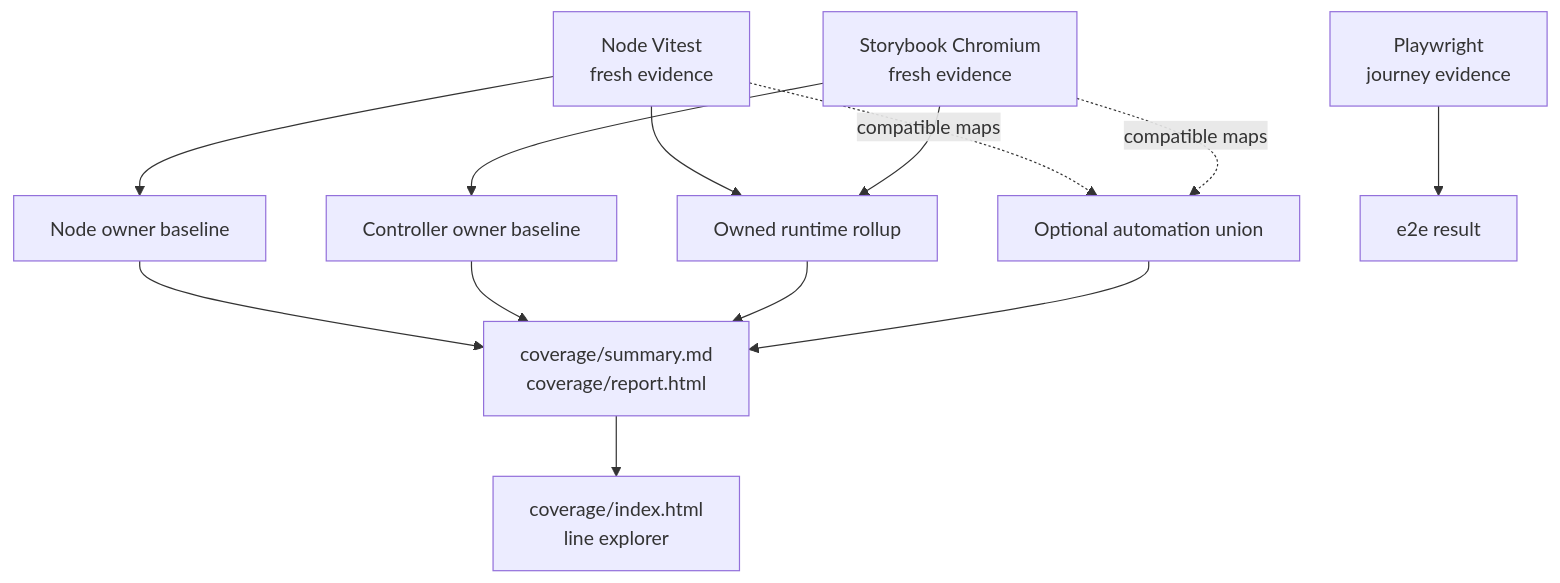
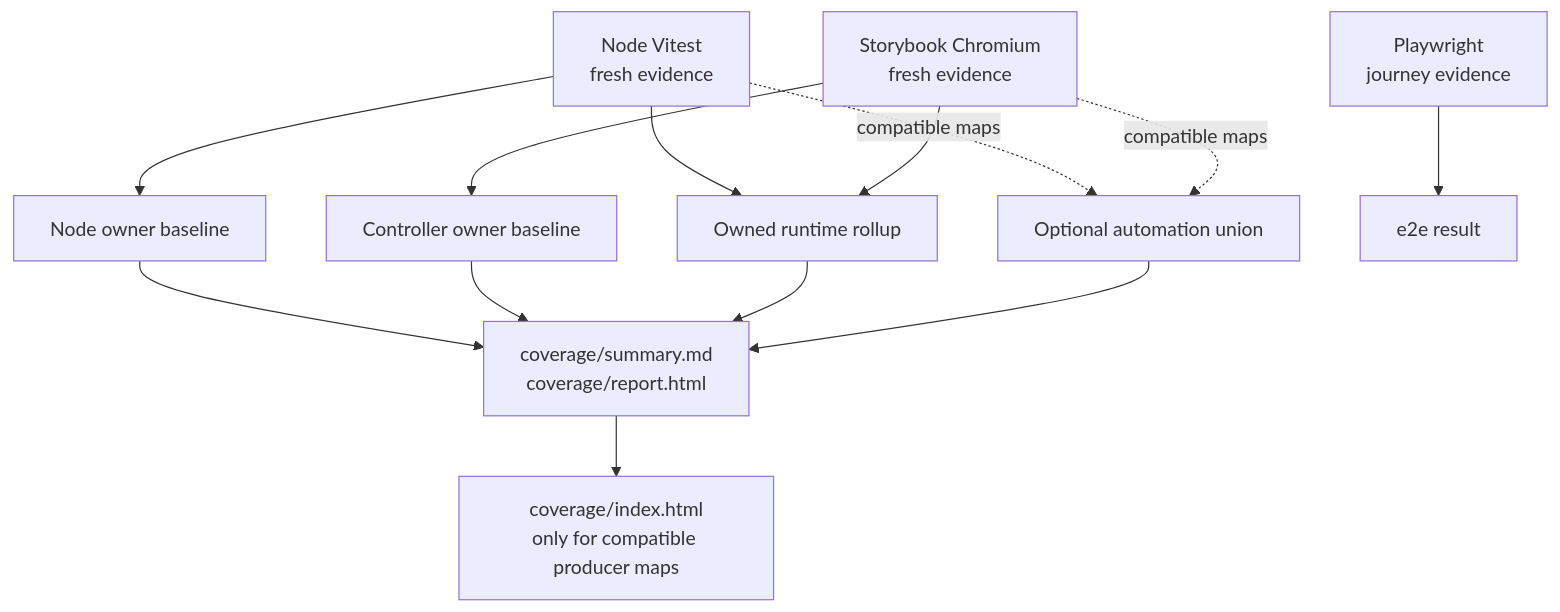
One commit to pietgk/web-interview changed the fifth of 9 diagrams in docs/testing-and-validation.md. Above: the diagram before and after it, drawn with Mermaid. The commit also changed other lines of this file and 12 other files, not shown here.

Commit message:
address producer coverage review findings

````diff
--- a/docs/testing-and-validation.md
+++ b/docs/testing-and-validation.md
@@ -185,13 +185,13 @@
 ```mermaid
 flowchart TD
   V["Node Vitest<br/>fresh evidence"] --> N["Node owner baseline"]
   S["Storybook Chromium<br/>fresh evidence"] --> C["Controller owner baseline"]
   N --> R["coverage/summary.md<br/>coverage/report.html"]
   C --> R
   V --> O["Owned runtime rollup"] --> R
   S --> O
   V -. compatible maps .-> A["Optional automation union"] --> R
   S -. compatible maps .-> A
-  R --> X["coverage/index.html<br/>line explorer"]
+  R --> X["coverage/index.html<br/>only for compatible producer maps"]
   P["Playwright<br/>journey evidence"] --> J["e2e result"]
 ```
````
